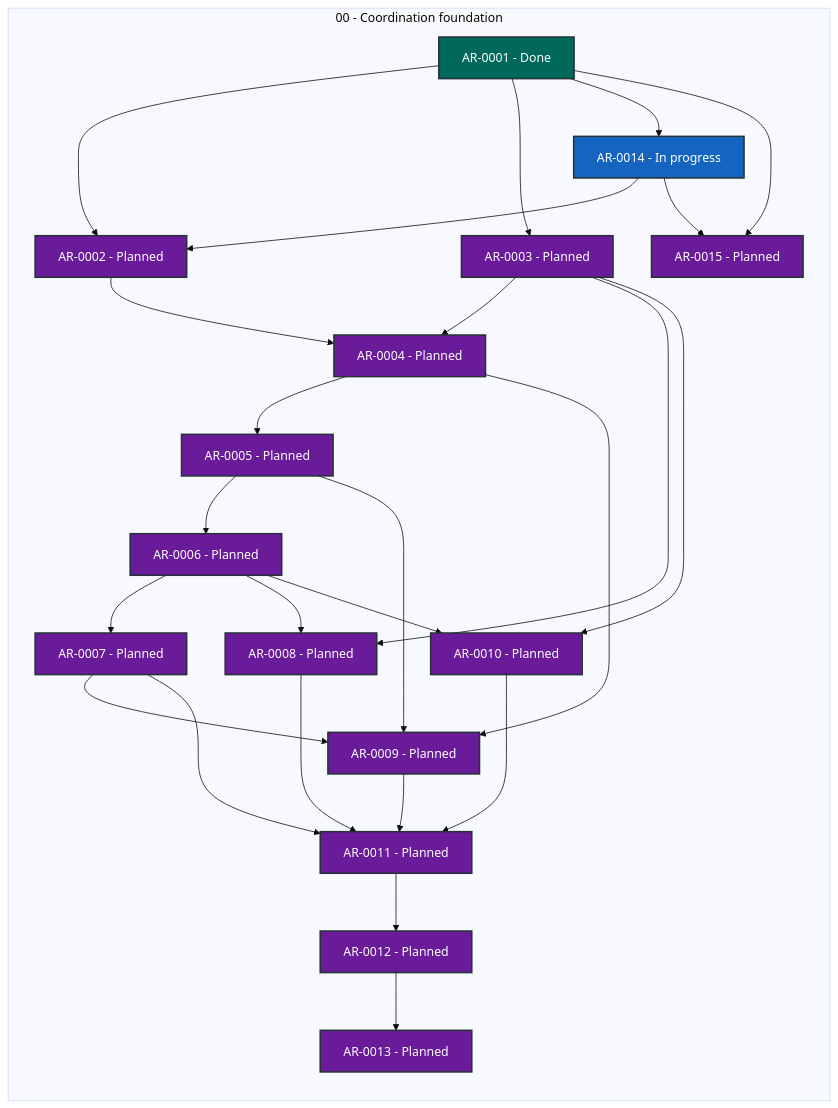
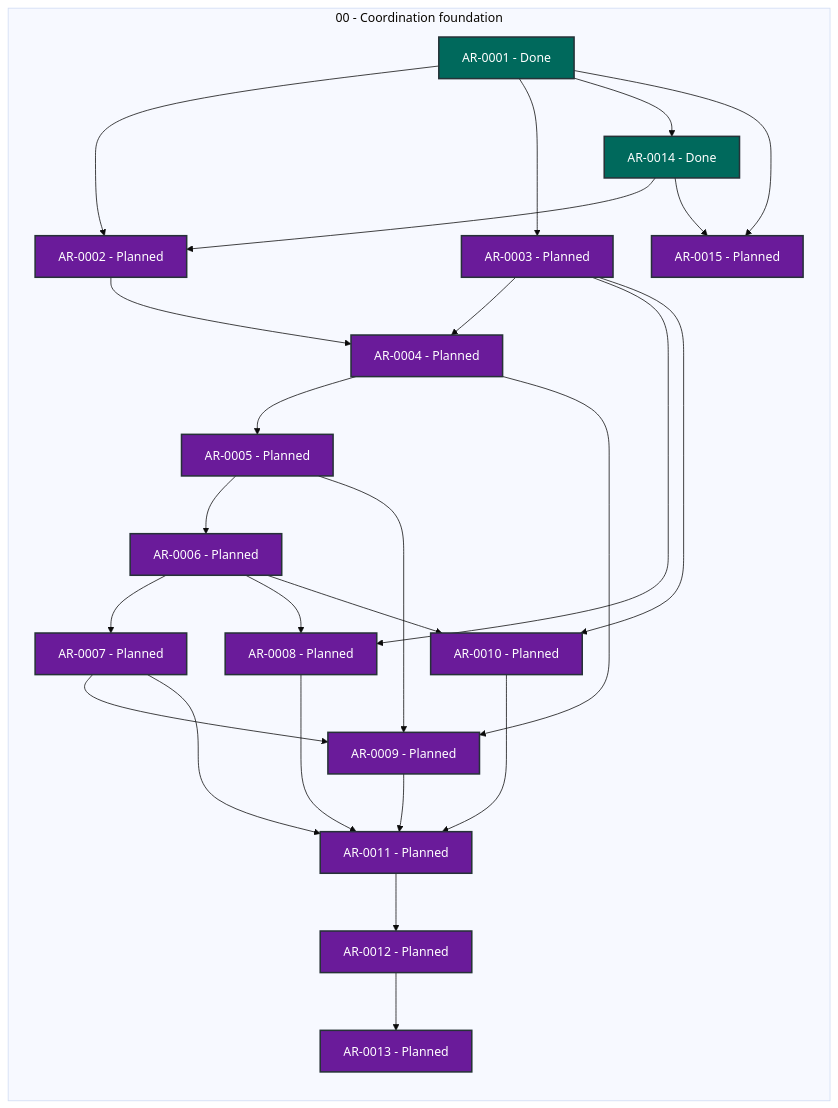
Before and after one commit to martin-beck/agent-workflow-tui-state: the diagram in STATUS.md, drawn with Mermaid (base theme). The commit also changed other lines of this file and 2 other files, not shown here.

````diff
--- a/STATUS.md
+++ b/STATUS.md
@@ -27,53 +27,53 @@
 ```mermaid
 flowchart LR
     subgraph series_00["00 - Coordination foundation"]
         direction TB
         AR_0001["AR-0001 - Done"]:::status_done
         AR_0002["AR-0002 - Planned"]:::status_planned
         AR_0003["AR-0003 - Planned"]:::status_planned
         AR_0004["AR-0004 - Planned"]:::status_planned
         AR_0005["AR-0005 - Planned"]:::status_planned
         AR_0006["AR-0006 - Planned"]:::status_planned
         AR_0007["AR-0007 - Planned"]:::status_planned
         AR_0008["AR-0008 - Planned"]:::status_planned
         AR_0009["AR-0009 - Planned"]:::status_planned
         AR_0010["AR-0010 - Planned"]:::status_planned
         AR_0011["AR-0011 - Planned"]:::status_planned
         AR_0012["AR-0012 - Planned"]:::status_planned
         AR_0013["AR-0013 - Planned"]:::status_planned
-        AR_0014["AR-0014 - In progress"]:::status_in_progress
+        AR_0014["AR-0014 - Done"]:::status_done
         AR_0015["AR-0015 - Planned"]:::status_planned
     end
     AR_0001 --> AR_0002
     AR_0001 --> AR_0003
     AR_0001 --> AR_0014
     AR_0001 --> AR_0015
     AR_0002 --> AR_0004
     AR_0003 --> AR_0004
     AR_0003 --> AR_0008
     AR_0003 --> AR_0010
     AR_0004 --> AR_0005
     AR_0004 --> AR_0009
     AR_0005 --> AR_0006
     AR_0005 --> AR_0009
     AR_0006 --> AR_0007
     AR_0006 --> AR_0008
     AR_0006 --> AR_0010
     AR_0007 --> AR_0009
     AR_0007 --> AR_0011
     AR_0008 --> AR_0011
     AR_0009 --> AR_0011
     AR_0010 --> AR_0011
     AR_0011 --> AR_0012
     AR_0012 --> AR_0013
     AR_0014 --> AR_0002
     AR_0014 --> AR_0015
     classDef status_in_progress fill:#1565c0,color:#ffffff,stroke:#263238,stroke-width:2px
     classDef status_open fill:#2e7d32,color:#ffffff,stroke:#263238,stroke-width:2px
     classDef status_blocked fill:#c62828,color:#ffffff,stroke:#263238,stroke-width:2px
     classDef status_planned fill:#6a1b9a,color:#ffffff,stroke:#263238,stroke-width:2px
     classDef status_future fill:#455a64,color:#ffffff,stroke:#263238,stroke-width:2px
     classDef status_done fill:#00695c,color:#ffffff,stroke:#263238,stroke-width:2px
     classDef status_cancelled fill:#616161,color:#ffffff,stroke:#263238,stroke-width:2px
     classDef status_superseded fill:#5d4037,color:#ffffff,stroke:#263238,stroke-width:2px
 ```
````
